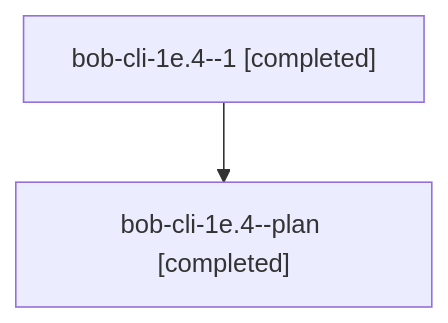
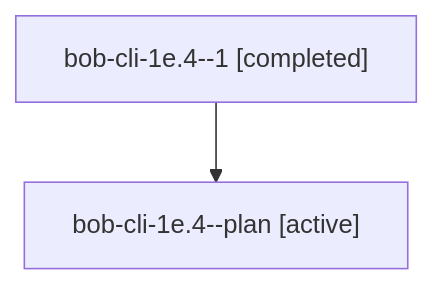
One commit to bobs-org/bob-cli--agents changed the diagram in families/bbugyi200.athena.bob-cli-1e.4.md. Above: the diagram before and after it, drawn with Mermaid. The commit also changed other lines of this file and 1279 other files, not shown here.

````diff
--- a/families/bbugyi200.athena.bob-cli-1e.4.md
+++ b/families/bbugyi200.athena.bob-cli-1e.4.md
@@ -9,6 +9,6 @@
 ```mermaid
 flowchart TD
   n0["bob-cli-1e.4--1 [completed]"]
-  n1["bob-cli-1e.4--plan [completed]"]
+  n1["bob-cli-1e.4--plan [active]"]
   n0 --> n1
 ```
````
